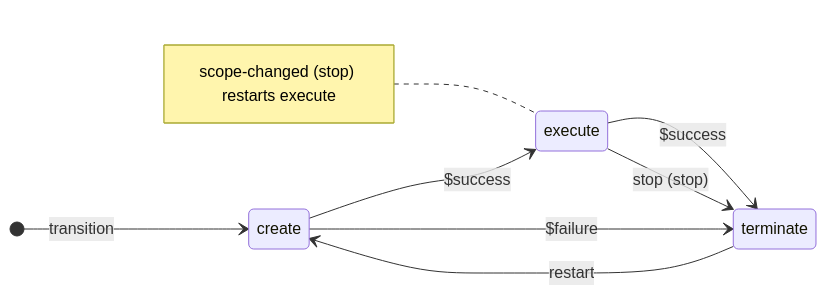
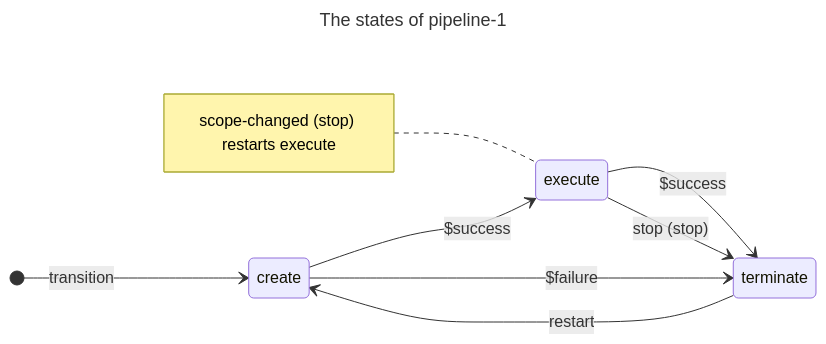
One commit to prasadtalasila/DTaaS-Public changed the fourth of 5 diagrams in servers/execution/runner/STATE-MACHINE.md. Above: the diagram before and after it, drawn with Mermaid. The commit also changed other lines of this file and 19 other files, not shown here.

````diff
--- a/servers/execution/runner/STATE-MACHINE.md
+++ b/servers/execution/runner/STATE-MACHINE.md
@@ -1244,11 +1539,16 @@
 ```mermaid
+---
+title: The states of pipeline-1
+config:
+  look: classic
+---
 stateDiagram-v2
     direction LR
     [*] --> create : transition
     create --> execute : $success
     create --> terminate : $failure
     execute --> terminate : $success
     execute --> terminate : stop (stop)
     terminate --> create : restart
     note left of execute : scope-changed (stop) restarts execute
 ```
````
